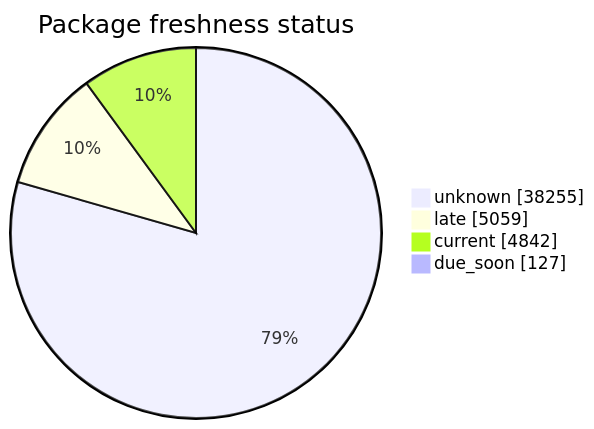
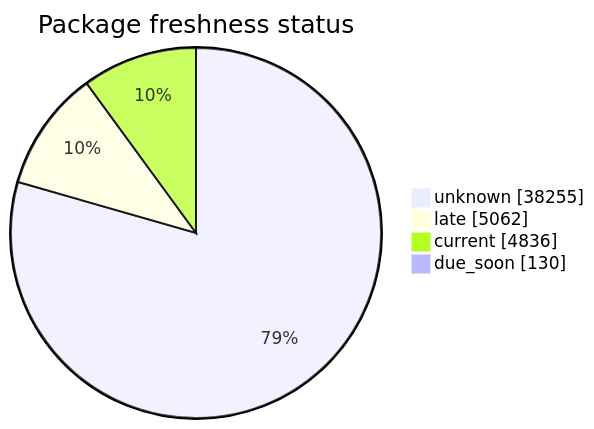
The second of 5 diagrams in FreshCheck/README.md (open-data/analytics-corporate-reporting), drawn with Mermaid before and after one commit. The commit also changed other lines of this file and 3 other files, not shown here.

````diff
--- a/FreshCheck/README.md
+++ b/FreshCheck/README.md
@@ -68,7 +68,7 @@
 ```mermaid
 pie showData title Package freshness status
     "unknown": 38255
-    "late": 5059
-    "current": 4842
-    "due_soon": 127
+    "late": 5062
+    "current": 4836
+    "due_soon": 130
 ```
````
